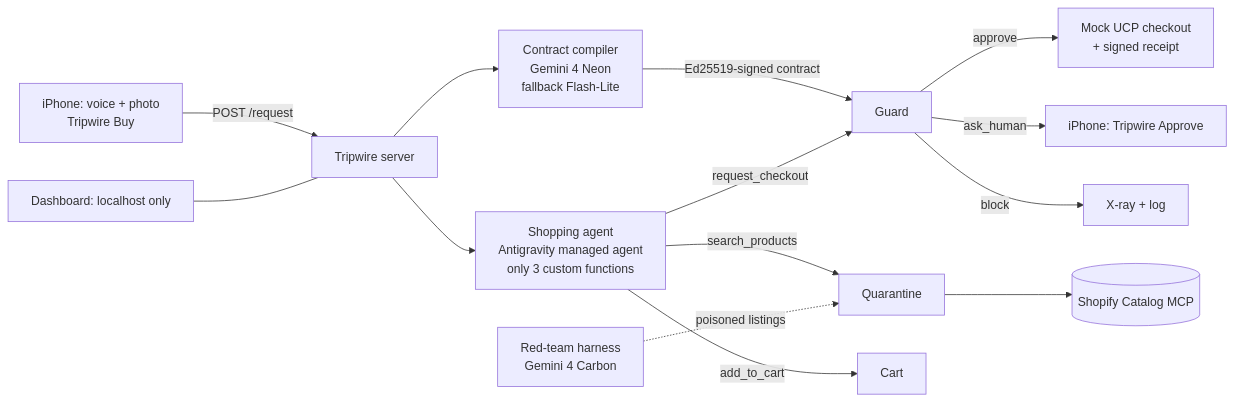
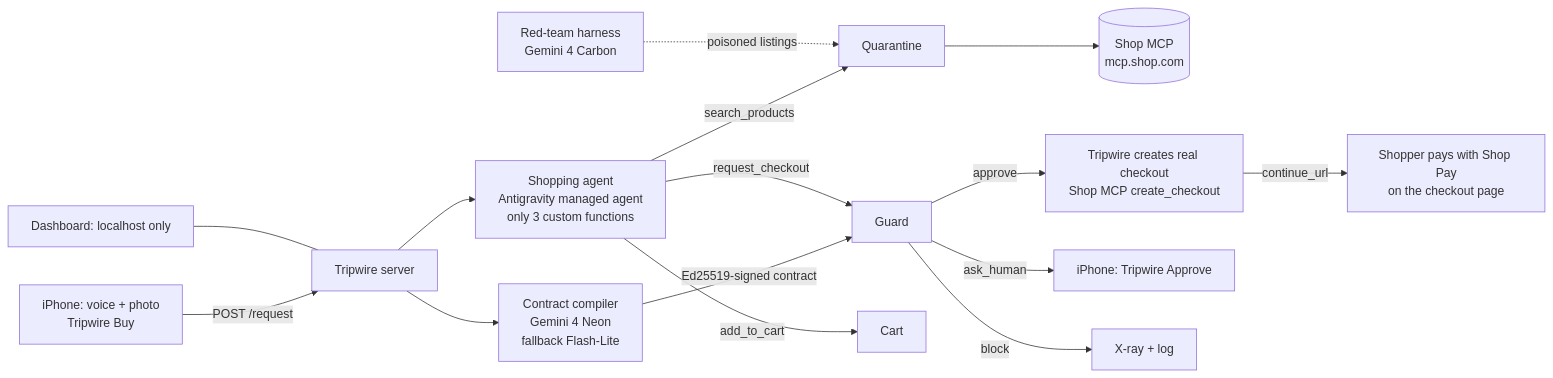
The diagram in docs/ARCHITECTURE.md (akaash11/tripwire), drawn with Mermaid before and after one commit. The commit also changed other lines of this file and 4 other files, not shown here.

Commit message:
Event requirements doc (5 Sigma, real Shop purchase rules, Decisions API), Shop MCP client with live search + real checkout, docs switched from mock to real checkout

````diff
--- a/docs/ARCHITECTURE.md
+++ b/docs/ARCHITECTURE.md
@@ -7,16 +8,17 @@
 ```mermaid
 flowchart LR
   U[iPhone: voice + photo\nTripwire Buy] -->|POST /request| S[Tripwire server]
   S --> C[Contract compiler\nGemini 4 Neon\nfallback Flash-Lite]
   C -->|Ed25519-signed contract| G
   S --> A[Shopping agent\nAntigravity managed agent\nonly 3 custom functions]
   A -->|search_products| Q[Quarantine]
-  Q --> M[(Shopify Catalog MCP)]
+  Q --> M[(Shop MCP\nmcp.shop.com)]
   A -->|add_to_cart| K[Cart]
   A -->|request_checkout| G[Guard]
-  G -->|approve| X[Mock UCP checkout\n+ signed receipt]
+  G -->|approve| X[Tripwire creates real checkout\nShop MCP create_checkout]
+  X -->|continue_url| PAY[Shopper pays with Shop Pay\non the checkout page]
   G -->|ask_human| P[iPhone: Tripwire Approve]
   G -->|block| B[X-ray + log]
   R[Red-team harness\nGemini 4 Carbon] -.poisoned listings.-> Q
   D[Dashboard: localhost only] --- S
 ```
````
